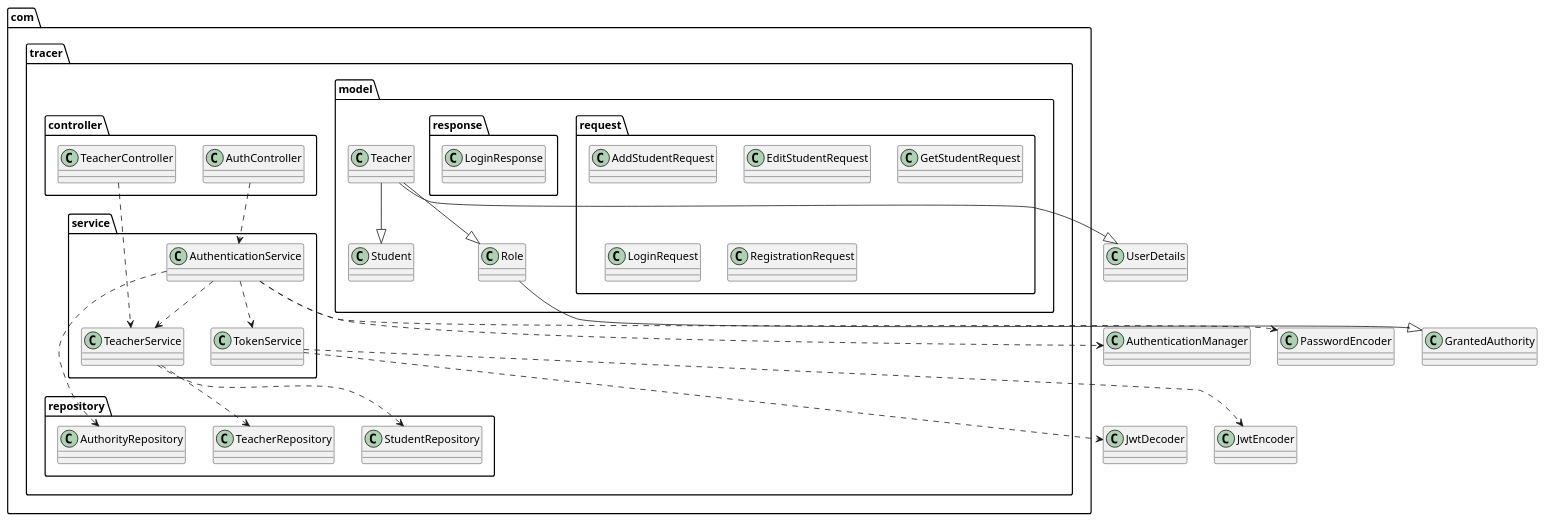
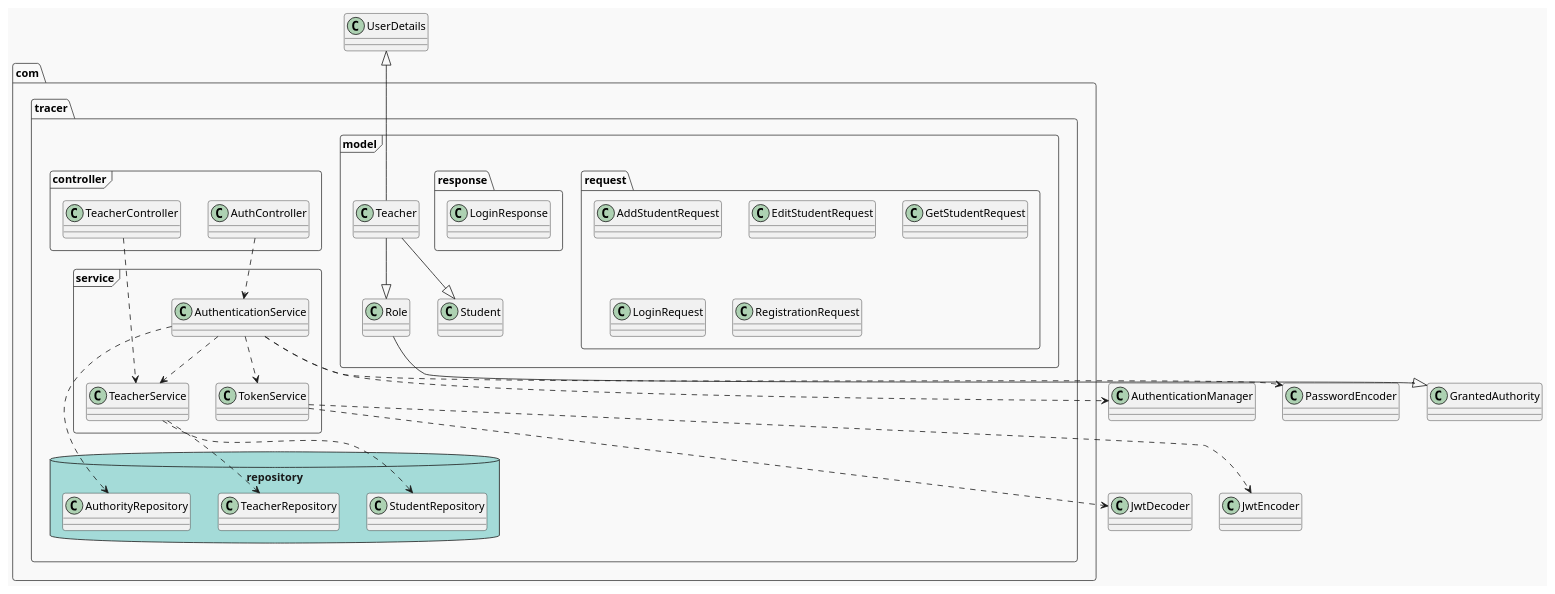
One commit to AndrewL14/Student-tracker-API changed the diagram in documentation/ClassRelationsSimplified.puml. Above: the diagram before and after it, drawn with PlantUML. The commit also changed 2 other files, not shown here.

```diff
--- a/documentation/ClassRelationsSimplified.puml
+++ b/documentation/ClassRelationsSimplified.puml
@@ -1,60 +1,62 @@
 @startuml
 
-package com.tracer.model {
+!theme mars
+
+package com.tracer.model <<Frame>> {
     package request {
         class AddStudentRequest
         class EditStudentRequest
         class GetStudentRequest
         class LoginRequest
         class RegistrationRequest
     }
 
     package response {
         class LoginResponse
     }
 
     class Role
     class Student
     class Teacher
 }
 
-package com.tracer.service {
+package com.tracer.service <<Frame>> {
     class AuthenticationService
     class TeacherService
     class TokenService
 }
 
-package com.tracer.repository {
+package com.tracer.repository <<Database>> {
     class StudentRepository
     class AuthorityRepository
     class TeacherRepository
 }
 
-package com.tracer.controller {
+package com.tracer.controller <<Frame>> {
     class AuthController
     class TeacherController
 }
-Teacher --|> UserDetails
+Teacher --up|> UserDetails
 Role --|> GrantedAuthority
 Teacher --|> Role
 Teacher --|> Student
 
 AuthenticationService ..> TeacherService
 AuthenticationService ..> AuthorityRepository
 AuthenticationService ..> PasswordEncoder
 AuthenticationService ..> AuthenticationManager
 AuthenticationService ..> TokenService
 
 TeacherService ..> TeacherRepository
 TeacherService ..> StudentRepository
 
 TokenService ..> JwtEncoder
 TokenService ..> JwtDecoder
 
 AuthController ..> AuthenticationService
 TeacherController ..> TeacherService
 
 
 
 
 @enduml
```
